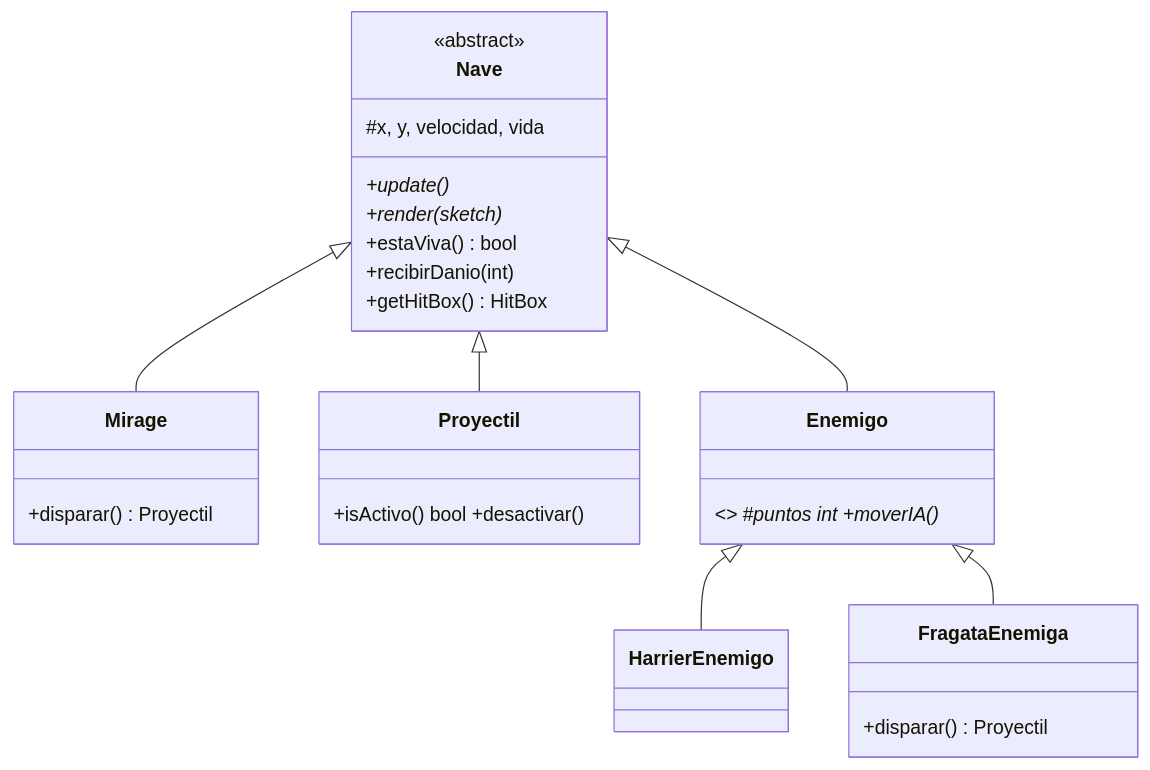
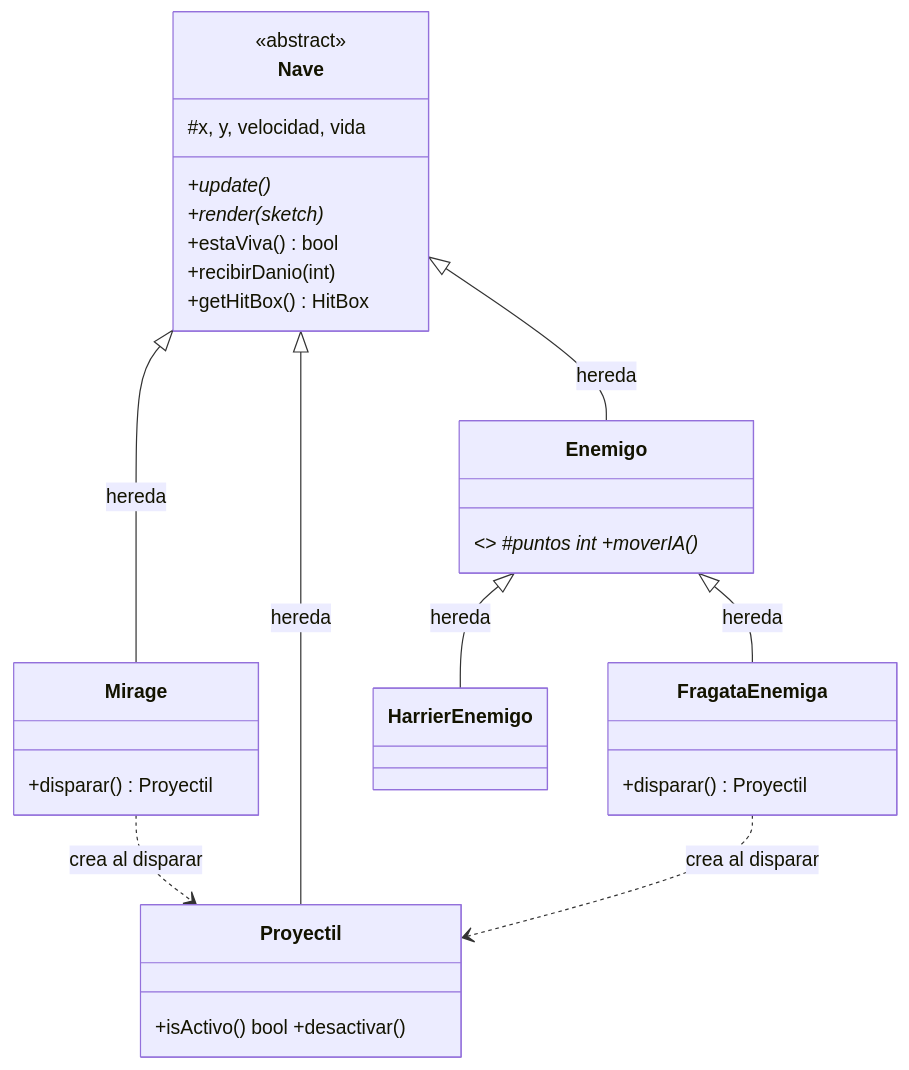
One commit to Christian-Rojas-Rodriguez/juego-1982 changed the second of 3 diagrams in docs/diseño/diagrama-clases.md. Above: the diagram before and after it, drawn with Mermaid. The commit also changed other lines of this file and 1 other file, not shown here.

Commit message:
fix: modificar diagramas de clase y casos de uso

````diff
--- a/docs/diseño/diagrama-clases.md
+++ b/docs/diseño/diagrama-clases.md
@@ -301,23 +353,25 @@
 ```mermaid
 classDiagram
     class Nave {
         <<abstract>>
         #x, y, velocidad, vida
         +update()*
         +render(sketch)*
         +estaViva() bool
         +recibirDanio(int)
         +getHitBox() HitBox
     }
     class Mirage   { +disparar() Proyectil }
     class Proyectil{ +isActivo() bool +desactivar() }
     class Enemigo  { <<abstract>> #puntos int +moverIA()* }
     class HarrierEnemigo
     class FragataEnemiga { +disparar() Proyectil }
 
-    Nave <|-- Mirage
-    Nave <|-- Proyectil
-    Nave <|-- Enemigo
-    Enemigo <|-- HarrierEnemigo
-    Enemigo <|-- FragataEnemiga
+    Nave <|-- Mirage : hereda
+    Nave <|-- Proyectil : hereda
+    Nave <|-- Enemigo : hereda
+    Enemigo <|-- HarrierEnemigo : hereda
+    Enemigo <|-- FragataEnemiga : hereda
+    Mirage ..> Proyectil : crea al disparar
+    FragataEnemiga ..> Proyectil : crea al disparar
 ```
````
